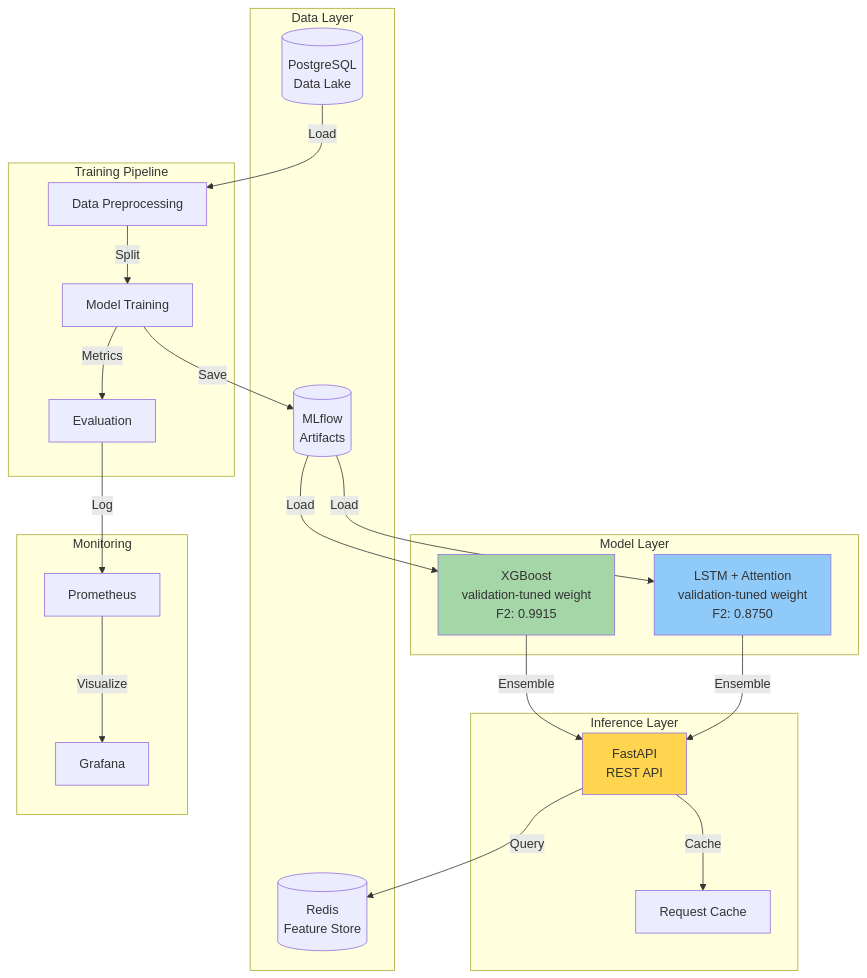
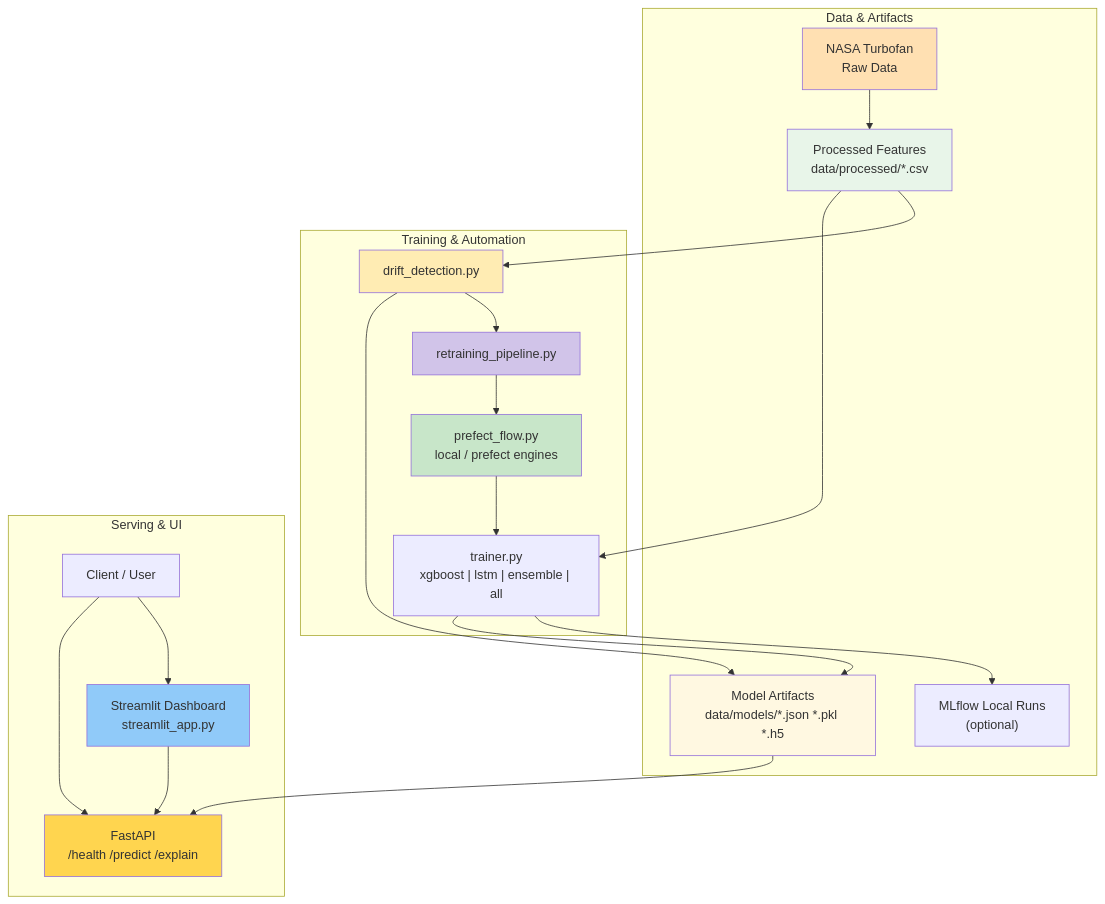
One commit to atikulmunna/predictive-maintenance-mlops changed the first of 2 diagrams in README.md. Above: the diagram before and after it, drawn with Mermaid.

Commit message:
Align README architecture highlight with current implementation

````diff
--- a/README.md
+++ b/README.md
@@ -33,46 +33,47 @@
 ```mermaid
 graph TB
-    subgraph DL["Data Layer"]
-        DB[(PostgreSQL<br/>Data Lake)]
-        FS[(Redis<br/>Feature Store)]
-        MLFLOW[(MLflow<br/>Artifacts)]
+    subgraph D["Data & Artifacts"]
+        RAW["NASA Turbofan<br/>Raw Data"]
+        PROC["Processed Features<br/>data/processed/*.csv"]
+        MODELS["Model Artifacts<br/>data/models/*.json *.pkl *.h5"]
+        MLRUNS["MLflow Local Runs<br/>(optional)"]
     end
-    
-    subgraph ML["Model Layer"]
-        XGB["XGBoost<br/>validation-tuned weight<br/>F2: 0.9915"]
-        LSTM["LSTM + Attention<br/>validation-tuned weight<br/>F2: 0.8750"]
+
+    subgraph T["Training & Automation"]
+        TR["trainer.py<br/>xgboost | lstm | ensemble | all"]
+        FLOW["prefect_flow.py<br/>local / prefect engines"]
+        DRIFT["drift_detection.py"]
+        RETRAIN["retraining_pipeline.py"]
     end
-    
-    subgraph IL["Inference Layer"]
-        API["FastAPI<br/>REST API"]
-        CACHE["Request Cache"]
+
+    subgraph S["Serving & UI"]
+        API["FastAPI<br/>/health /predict /explain"]
+        ST["Streamlit Dashboard<br/>streamlit_app.py"]
+        CLIENT["Client / User"]
     end
-    
-    subgraph TP["Training Pipeline"]
-        PREPROCESS["Data Preprocessing"]
-        TRAIN["Model Training"]
-        EVAL["Evaluation"]
-    end
-    
-    subgraph MA["Monitoring"]
-        PROM["Prometheus"]
-        GRAFANA["Grafana"]
-    end
-    
-    DB -->|Load| PREPROCESS
-    PREPROCESS -->|Split| TRAIN
-    TRAIN -->|Save| MLFLOW
-    MLFLOW -->|Load| XGB
-    MLFLOW -->|Load| LSTM
-    XGB -->|Ensemble| API
-    LSTM -->|Ensemble| API
-    API -->|Cache| CACHE
-    API -->|Query| FS
-    TRAIN -->|Metrics| EVAL
-    EVAL -->|Log| PROM
-    PROM -->|Visualize| GRAFANA
 
-    style XGB fill:#A5D6A7
-    style LSTM fill:#90CAF9
+    RAW --> PROC
+    PROC --> TR
+    TR --> MODELS
+    FLOW --> TR
+    TR --> MLRUNS
+
+    PROC --> DRIFT
+    DRIFT --> MODELS
+    DRIFT --> RETRAIN
+    RETRAIN --> FLOW
+
+    MODELS --> API
+    CLIENT --> API
+    CLIENT --> ST
+    ST --> API
+
+    style RAW fill:#FFE0B2
+    style PROC fill:#E8F5E9
+    style MODELS fill:#FFF8E1
+    style FLOW fill:#C8E6C9
+    style DRIFT fill:#FFECB3
+    style RETRAIN fill:#D1C4E9
     style API fill:#FFD54F
+    style ST fill:#90CAF9
 ```
````
